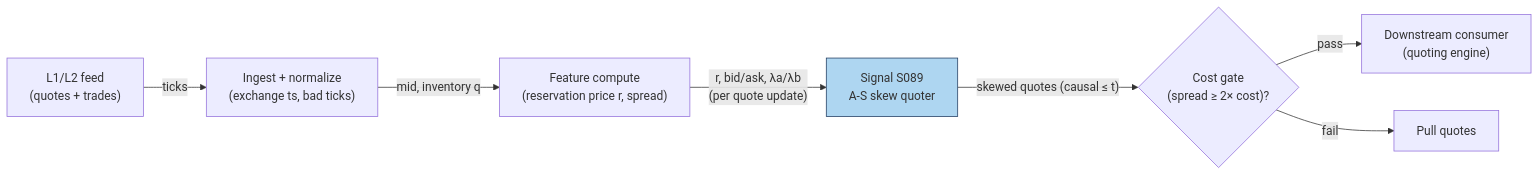
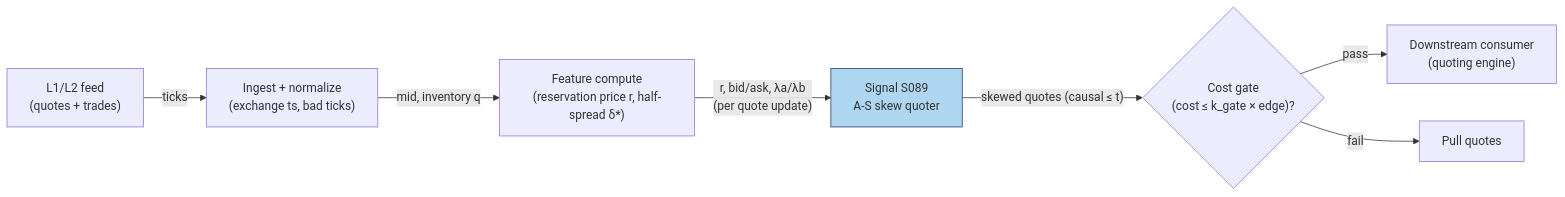
One commit to praveenguptahcl/quant-signals-deep changed the diagram in modules/signals/S089.md. Above: the diagram before and after it, drawn with Mermaid. The commit also changed other lines of this file and 102 other files, not shown here.

````diff
--- a/modules/signals/S089.md
+++ b/modules/signals/S089.md
@@ -367,10 +538,10 @@
 ```mermaid
 flowchart LR
     FEED["L1/L2 feed<br/>(quotes + trades)"] -->|"ticks"| ING["Ingest + normalize<br/>(exchange ts, bad ticks)"]
-    ING -->|"mid, inventory q"| FEAT["Feature compute<br/>(reservation price r, spread)"]
+    ING -->|"mid, inventory q"| FEAT["Feature compute<br/>(reservation price r, half-spread δ*)"]
     FEAT -->|"r, bid/ask, λa/λb<br/>(per quote update)"| SIG["Signal S089<br/>A-S skew quoter"]
-    SIG -->|"skewed quotes (causal ≤ t)"| GATE{"Cost gate<br/>(spread ≥ 2× cost)?"}
+    SIG -->|"skewed quotes (causal ≤ t)"| GATE{"Cost gate<br/>(cost ≤ k_gate × edge)?"}
     GATE -->|"pass"| OUT["Downstream consumer<br/>(quoting engine)"]
     GATE -->|"fail"| DROP["Pull quotes"]
     style SIG fill:#aed6f1,stroke:#1f3a5f
 ```
````
